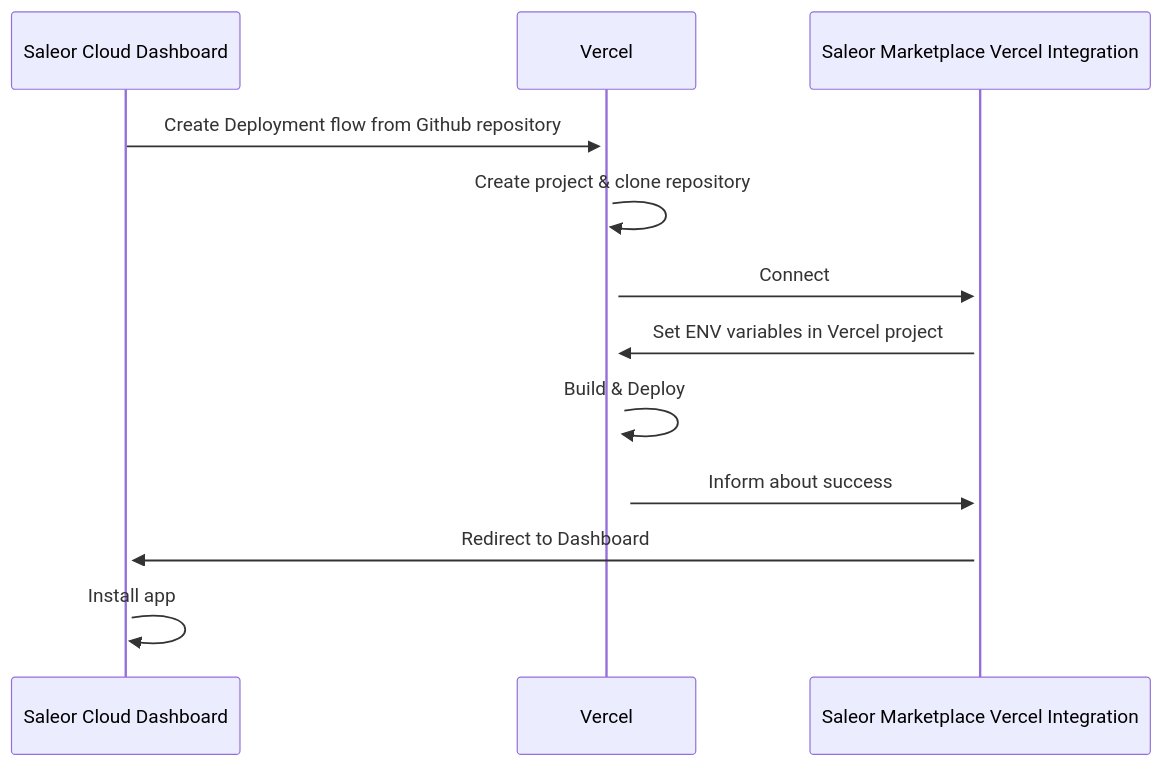
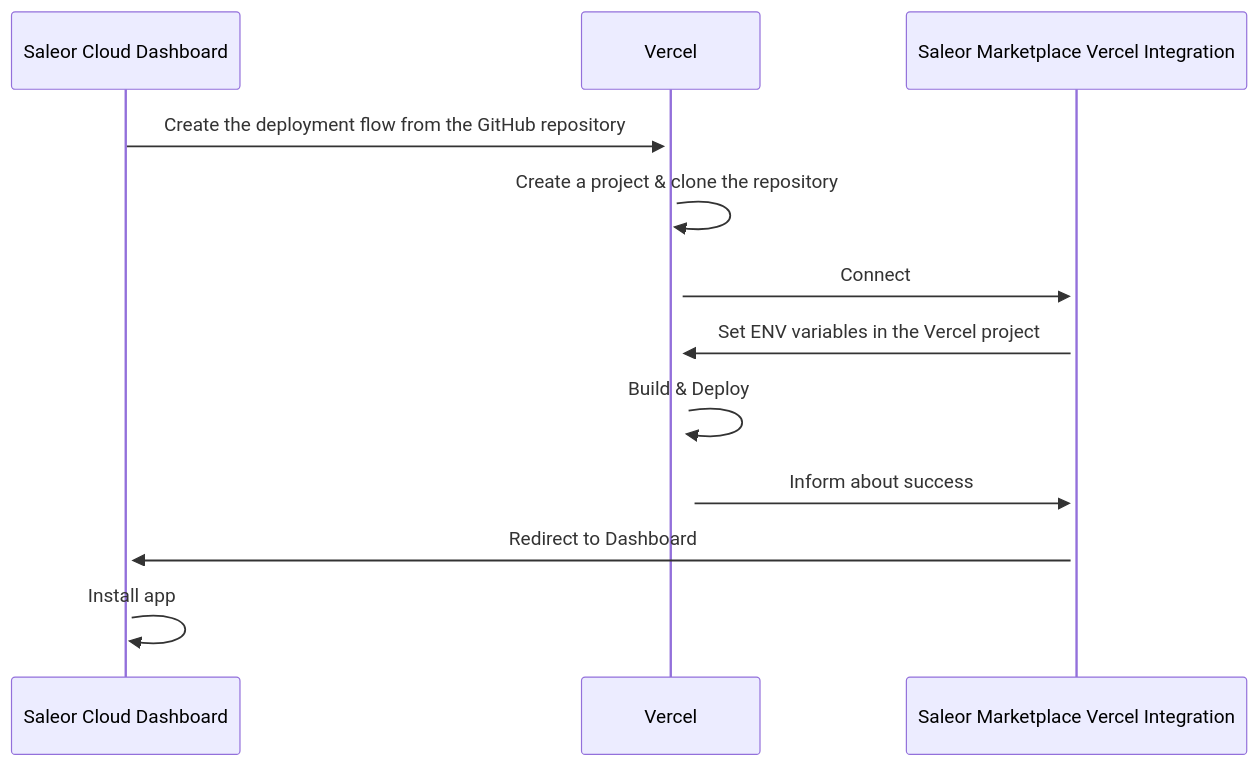
Before and after one commit to saleor/saleor-docs: the diagram in docs/dashboard/app-templates-gallery.md, drawn with Mermaid. The commit also changed other lines of this file, not shown here.

````diff
--- a/docs/dashboard/app-templates-gallery.md
+++ b/docs/dashboard/app-templates-gallery.md
@@ -40,11 +60,11 @@
 ```mermaid
 sequenceDiagram
-    Saleor Cloud Dashboard->>+Vercel: Create Deployment flow from Github repository
-    Vercel->>+Vercel: Create project & clone repository
+    Saleor Cloud Dashboard->>+Vercel: Create the deployment flow from the GitHub repository
+    Vercel->>+Vercel: Create a project & clone the repository
     Vercel->>+Saleor Marketplace Vercel Integration: Connect
-    Saleor Marketplace Vercel Integration->>+Vercel: Set ENV variables in Vercel project
+    Saleor Marketplace Vercel Integration->>+Vercel: Set ENV variables in the Vercel project
     Vercel->>+Vercel: Build & Deploy
     Vercel->>+Saleor Marketplace Vercel Integration: Inform about success
     Saleor Marketplace Vercel Integration->>+Saleor Cloud Dashboard: Redirect to Dashboard
     Saleor Cloud Dashboard->>+Saleor Cloud Dashboard: Install app
 ```
````
